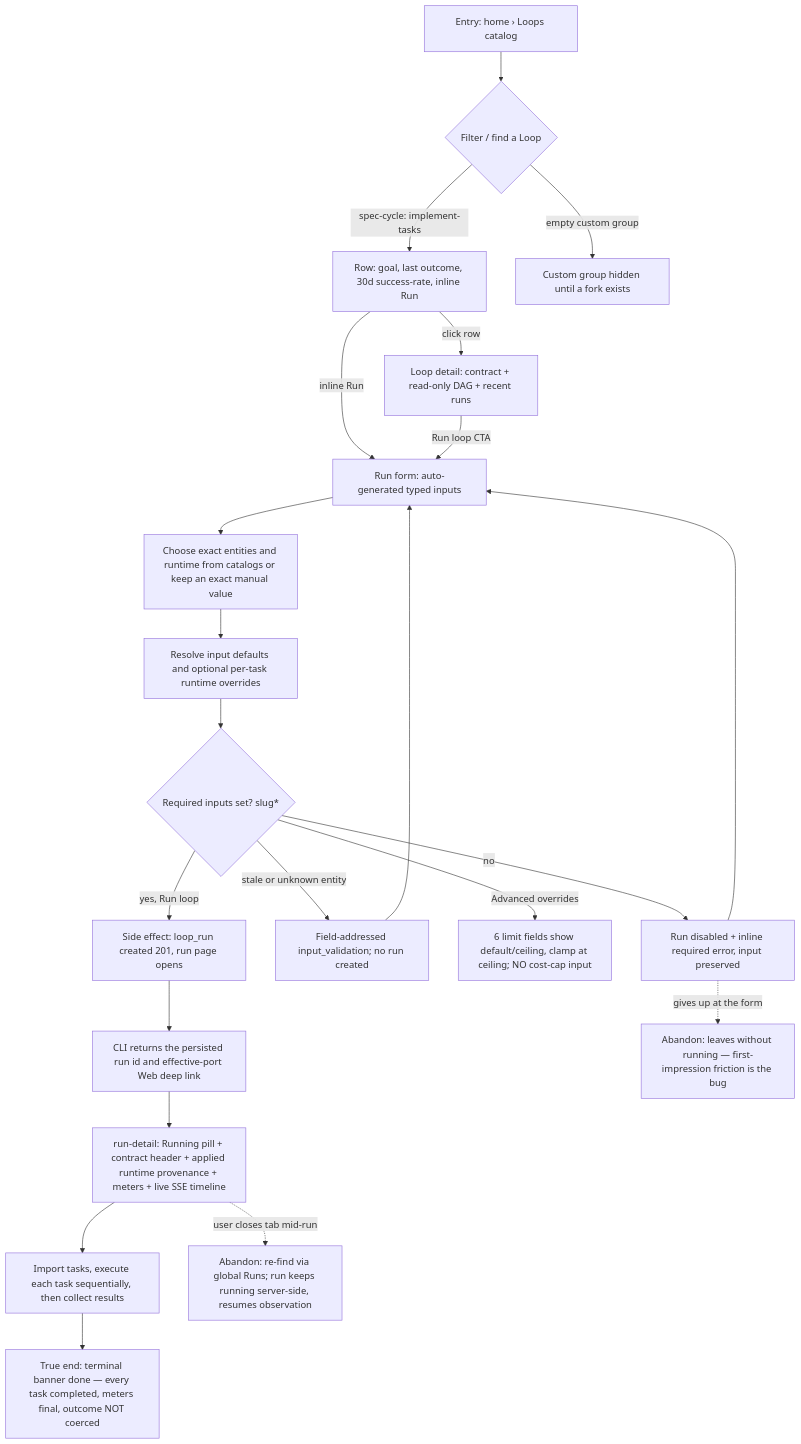
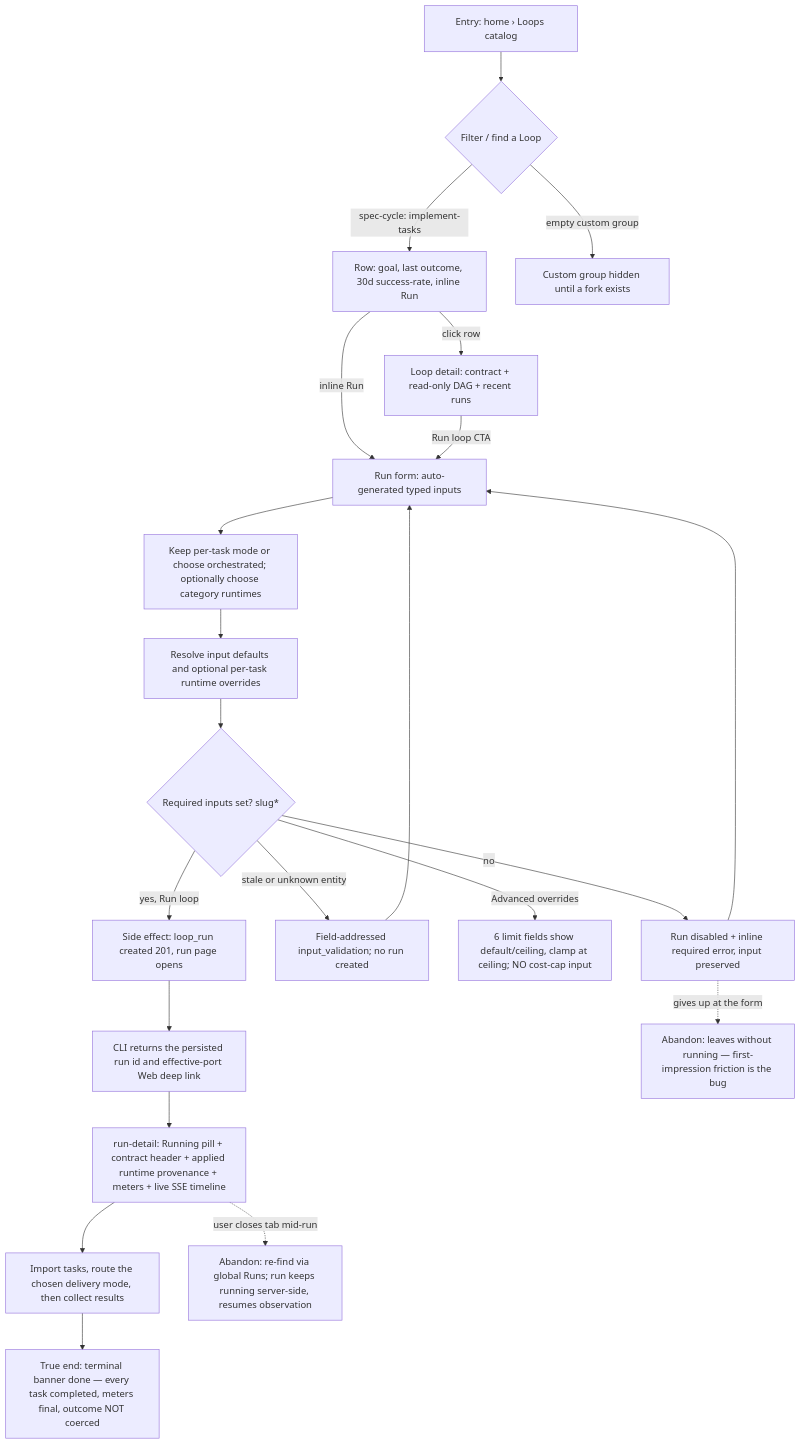
Before and after one commit to compozy/compozy: the diagram in docs/qa/journeys/J-01-arrive-and-use-run.md, drawn with Mermaid. The commit also changed other lines of this file and 85 other files, not shown here.

First line of the commit message:
feat: merge spec-cycle task delivery loops (#491)

````diff
--- a/docs/qa/journeys/J-01-arrive-and-use-run.md
+++ b/docs/qa/journeys/J-01-arrive-and-use-run.md
@@ -9,25 +9,25 @@
 ```mermaid
 flowchart TD
     A[Entry: home › Loops catalog] --> B{Filter / find a Loop}
     B -->|spec-cycle: implement-tasks| C[Row: goal, last outcome, 30d success-rate, inline Run]
     B -->|empty custom group| B2[Custom group hidden until a fork exists]
     C -->|click row| D[Loop detail: contract + read-only DAG + recent runs]
     C -->|inline Run| E[Run form: auto-generated typed inputs]
     D -->|Run loop CTA| E
-    E --> E2[Choose exact entities and runtime from catalogs or keep an exact manual value]
+    E --> E2[Keep per-task mode or choose orchestrated; optionally choose category runtimes]
     E2 --> R
     R[Resolve input defaults and optional per-task runtime overrides]
     R --> F{Required inputs set? slug*}
     F -->|no| F2[Run disabled + inline required error, input preserved]
     F2 --> E
     F -->|stale or unknown entity| F3[Field-addressed input_validation; no run created]
     F3 --> E
     F -->|Advanced overrides| G[6 limit fields show default/ceiling, clamp at ceiling; NO cost-cap input]
     F -->|yes, Run loop| H[Side effect: loop_run created 201, run page opens]
     H --> H2[CLI returns the persisted run id and effective-port Web deep link]
     H2 --> I[run-detail: Running pill + contract header + applied runtime provenance + meters + live SSE timeline]
-    I --> J[Import tasks, execute each task sequentially, then collect results]
+    I --> J[Import tasks, route the chosen delivery mode, then collect results]
     J --> K[True end: terminal banner done — every task completed, meters final, outcome NOT coerced]
     I -.->|user closes tab mid-run| X1[Abandon: re-find via global Runs; run keeps running server-side, resumes observation]
     F2 -.->|gives up at the form| X2[Abandon: leaves without running — first-impression friction is the bug]
 ```
````
